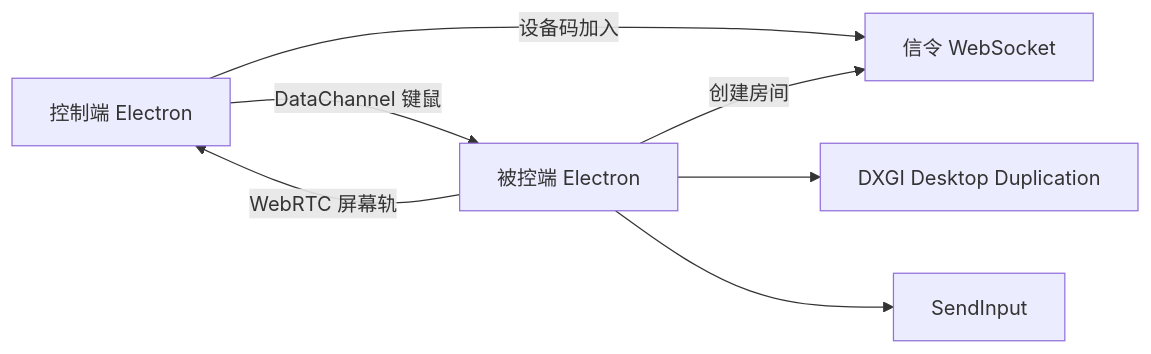
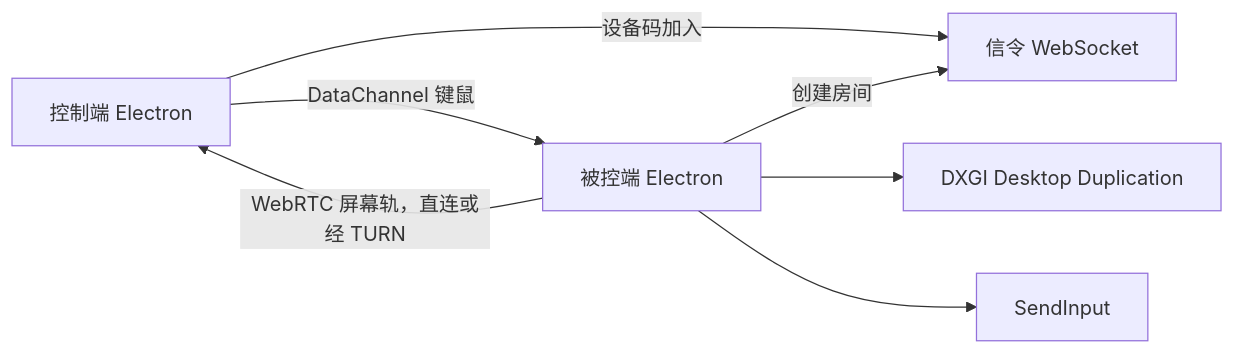
One commit to zxx0928/screen-sharing changed the diagram in README.md. Above: the diagram before and after it, drawn with Mermaid. The commit also changed other lines of this file and 16 other files, not shown here.

````diff
--- a/README.md
+++ b/README.md
@@ -171,12 +173,12 @@
 ```mermaid
 flowchart LR
   controller[控制端 Electron]
   host[被控端 Electron]
   signaling[信令 WebSocket]
   controller -->|设备码加入| signaling
   host -->|创建房间| signaling
-  host -->|WebRTC 屏幕轨| controller
+  host -->|WebRTC 屏幕轨，直连或经 TURN| controller
   controller -->|DataChannel 键鼠| host
   host --> dxgi[DXGI Desktop Duplication]
   host --> inject[SendInput]
 ```
````
